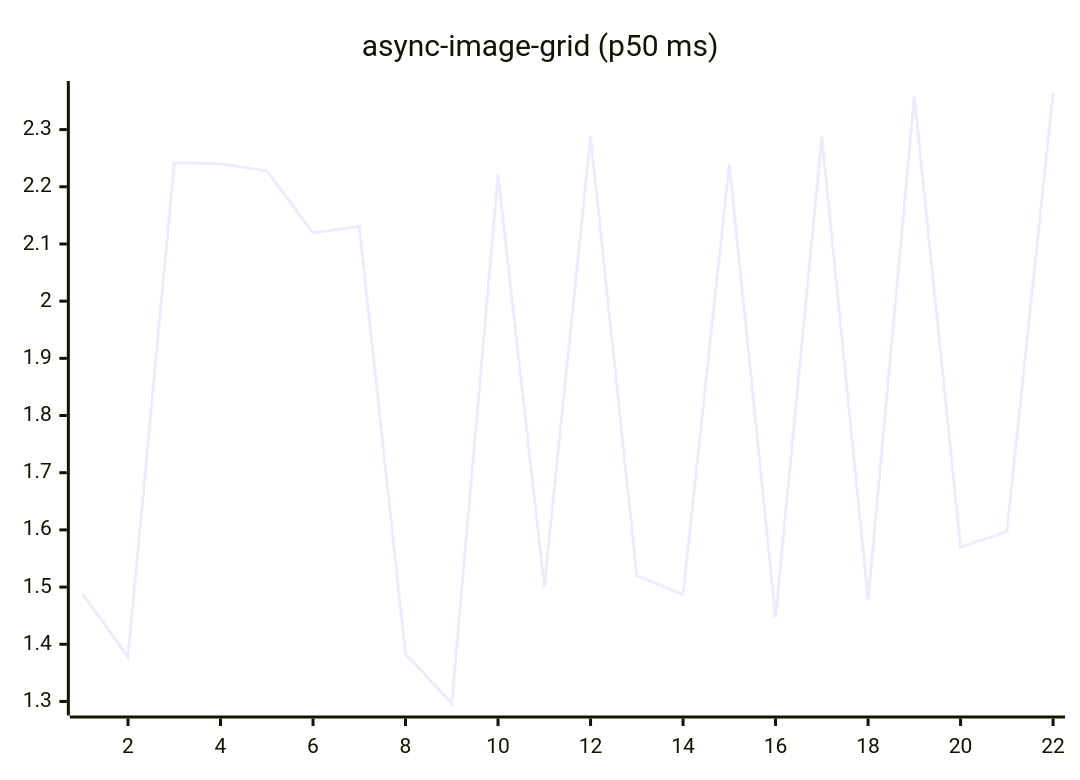
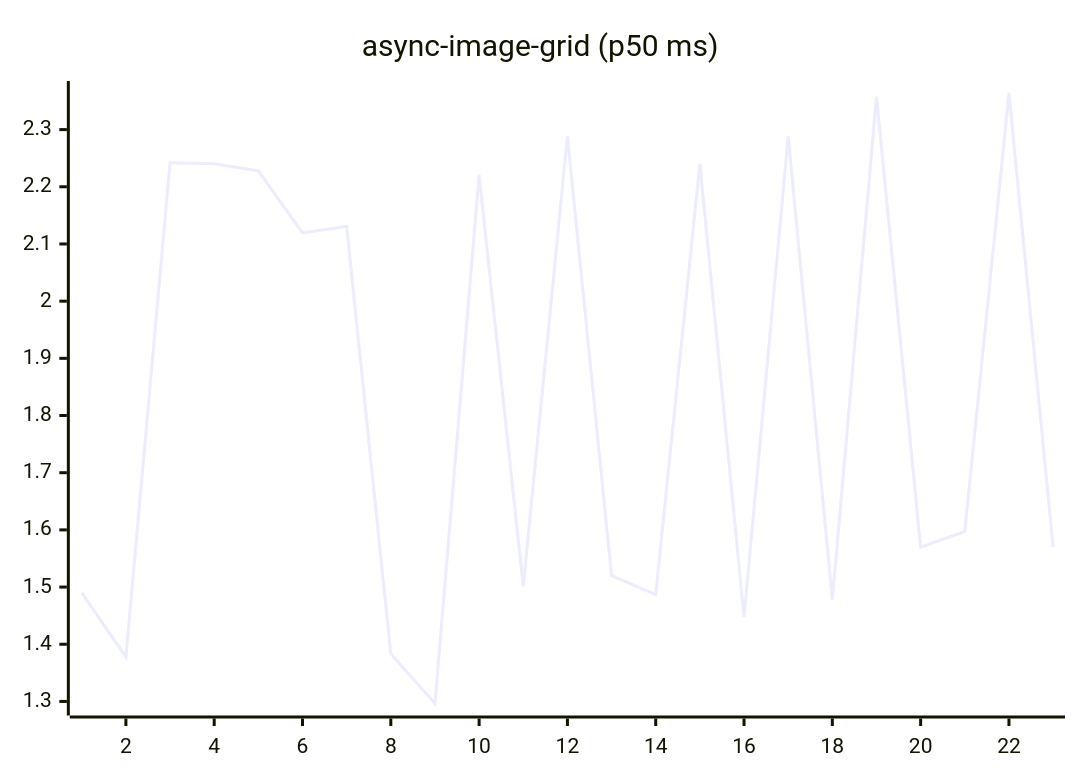
The fifth of 27 diagrams in README.md (josha/Facet), drawn with Mermaid before and after one commit. The commit also changed other lines of this file and 2 other files, not shown here.

````diff
--- a/README.md
+++ b/README.md
@@ -91,6 +91,6 @@
 ```mermaid
 xychart-beta
     title "async-image-grid (p50 ms)"
-    x-axis 1 --> 22
-    line [1.4898, 1.3778, 2.2419, 2.2404, 2.2280, 2.1194, 2.1310, 1.3834, 1.2964, 2.2208, 1.5015, 2.2886, 1.5200, 1.4868, 2.2404, 1.4470, 2.2880, 1.4779, 2.3575, 1.5699, 1.5969, 2.3640]
+    x-axis 1 --> 23
+    line [1.4898, 1.3778, 2.2419, 2.2404, 2.2280, 2.1194, 2.1310, 1.3834, 1.2964, 2.2208, 1.5015, 2.2886, 1.5200, 1.4868, 2.2404, 1.4470, 2.2880, 1.4779, 2.3575, 1.5699, 1.5969, 2.3640, 1.5700]
 ```
````
